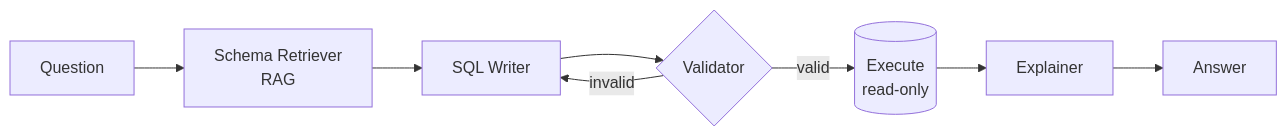
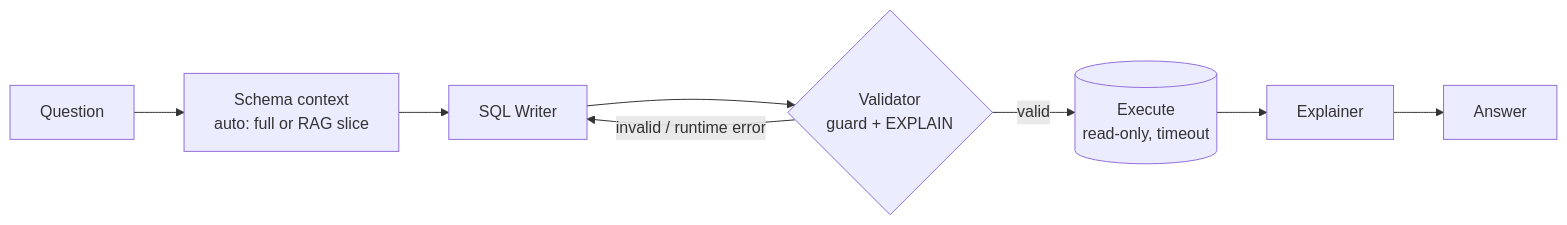
Before and after one commit to AmrutGit/multi-agent-text-to-sql: the diagram in README.md, drawn with Mermaid. The commit also changed other lines of this file and 41 other files, not shown here.

````diff
--- a/README.md
+++ b/README.md
@@ -14,10 +9,10 @@
 ```mermaid
 flowchart LR
-    Q[Question] --> R[Schema Retriever<br/>RAG]
+    Q[Question] --> R[Schema context<br/>auto: full or RAG slice]
     R --> W[SQL Writer]
-    W --> V{Validator}
-    V -- invalid --> W
-    V -- valid --> X[(Execute<br/>read-only)]
+    W --> V{Validator<br/>guard + EXPLAIN}
+    V -- invalid / runtime error --> W
+    V -- valid --> X[(Execute<br/>read-only, timeout)]
     X --> E[Explainer]
     E --> A[Answer]
 ```
````
